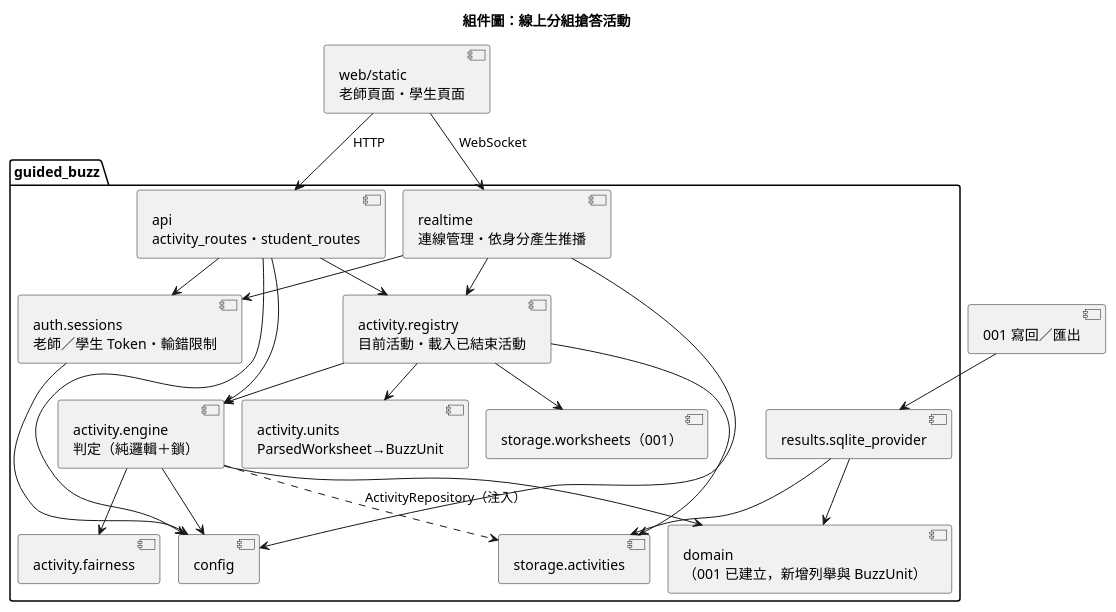
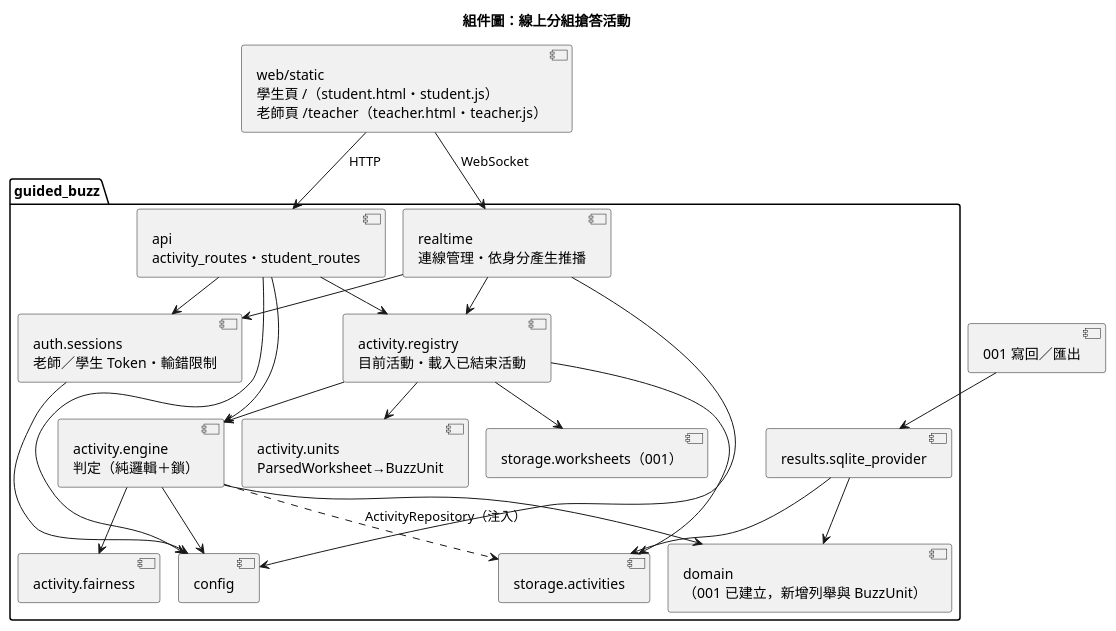
Before and after one commit to silverwind63/SEFinal: the diagram in diagrams/002-online-buzz-activity/09-component.puml, drawn with PlantUML. The commit also changed 24 other files, not shown here.

First line of the commit message:
docs(003): 入口頁與老師頁面對齊 OpenSpec 組的規格、計畫、任務與圖表

```diff
--- a/diagrams/002-online-buzz-activity/09-component.puml
+++ b/diagrams/002-online-buzz-activity/09-component.puml
@@ -1,41 +1,41 @@
 @startuml
 !pragma layout smetana
 title 組件圖：線上分組搶答活動
-component "web/static\n老師頁面・學生頁面" as web
+component "web/static\n學生頁 /（student.html・student.js）\n老師頁 /teacher（teacher.html・teacher.js）" as web
 package "guided_buzz" {
   component "api\nactivity_routes・student_routes" as api
   component "realtime\n連線管理・依身分產生推播" as realtime
   component "activity.registry\n目前活動・載入已結束活動" as registry
   component "activity.engine\n判定（純邏輯＋鎖）" as engine
   component "activity.fairness" as fairness
   component "activity.units\nParsedWorksheet→BuzzUnit" as units
   component "auth.sessions\n老師／學生 Token・輸錯限制" as sessions
   component "storage.activities" as astore
   component "results.sqlite_provider" as provider
   component "domain\n（001 已建立，新增列舉與 BuzzUnit）" as domain
   component "storage.worksheets（001）" as wstore
   component "config" as config
 }
 component "001 寫回／匯出" as f001
 web --> api : HTTP
 web --> realtime : WebSocket
 api --> registry
 api --> engine
 api --> sessions
 registry --> engine
 registry --> units
 registry --> astore
 registry --> wstore
 realtime --> sessions
 realtime --> registry
 engine --> fairness
 engine ..> astore : ActivityRepository（注入）
 engine --> domain
 provider --> astore
 provider --> domain
 api --> config
 engine --> config
 sessions --> config
 realtime --> config
 f001 --> provider
 @enduml
```
